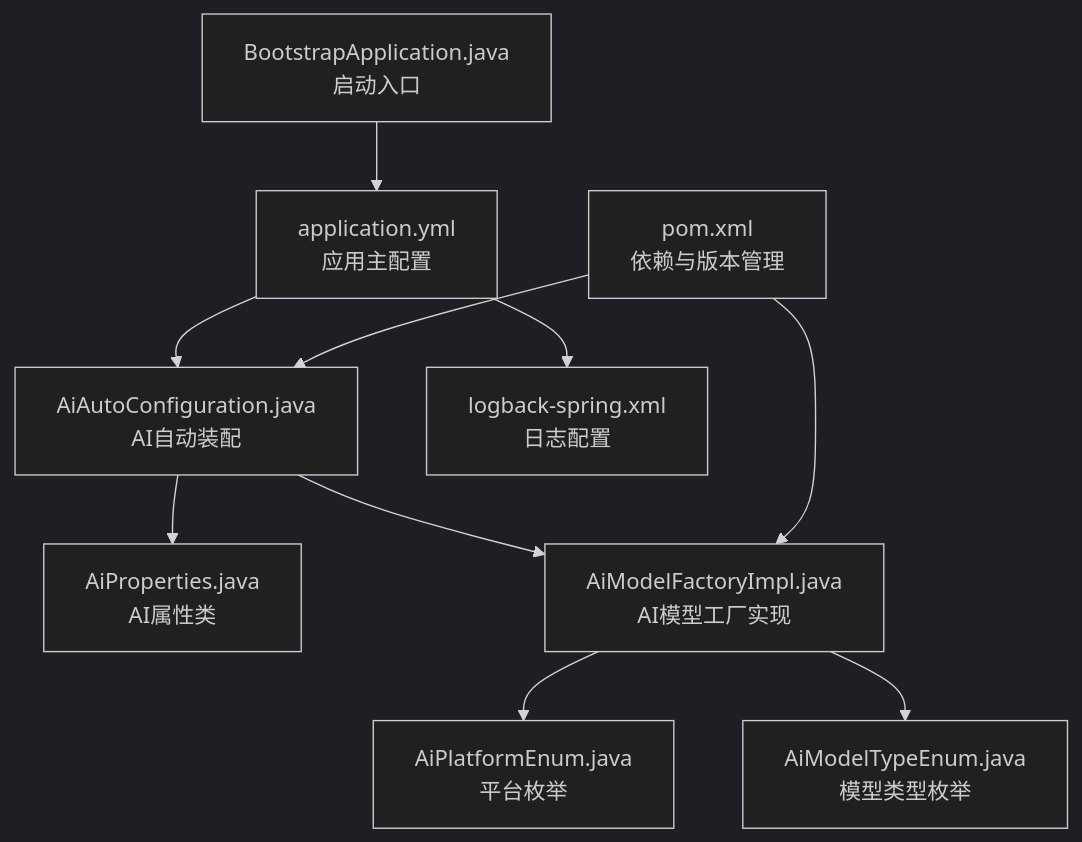
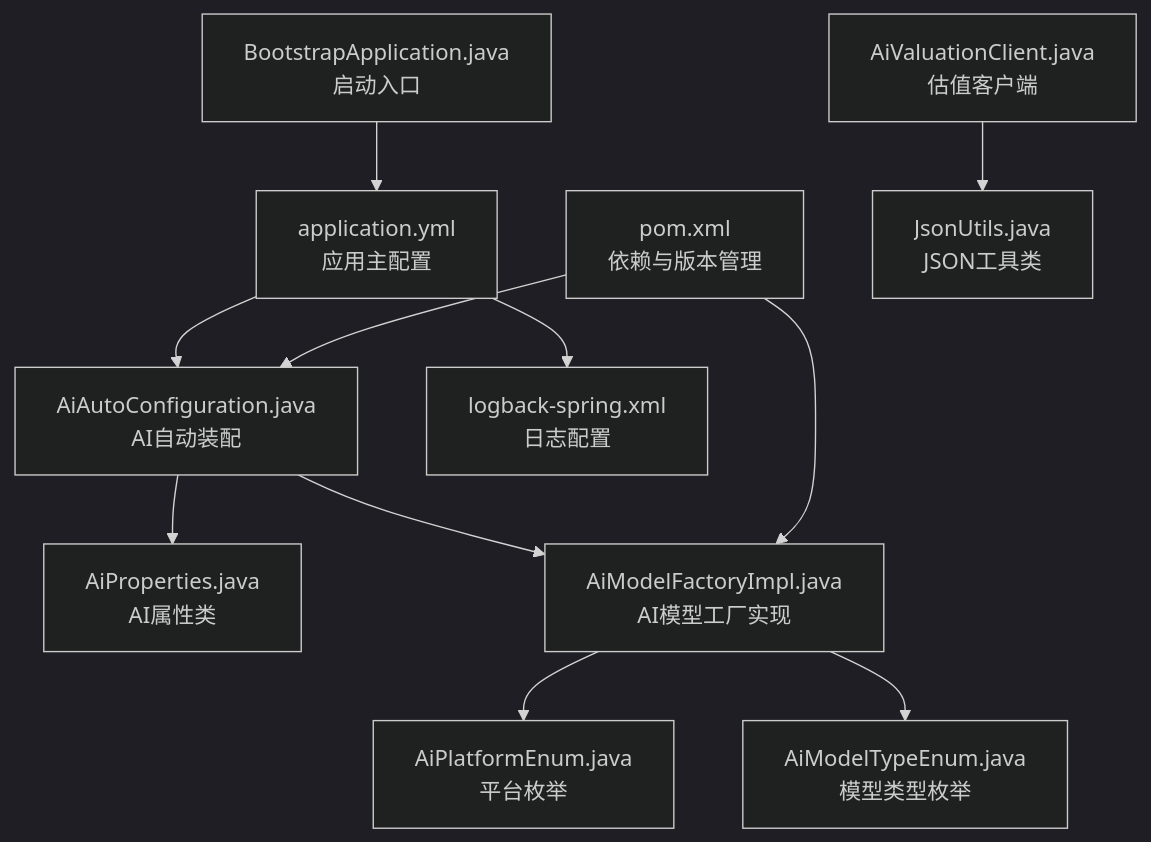
One commit to X555LB/data-ai changed the first of 7 diagrams in .qoder/repowiki/zh/content/配置指南.md. Above: the diagram before and after it, drawn with Mermaid (dark theme). The commit also changed other lines of this file and 11 other files, not shown here.

````diff
--- a/.qoder/repowiki/zh/content/配置指南.md
+++ b/.qoder/repowiki/zh/content/配置指南.md
@@ -52,12 +53,13 @@
 ```mermaid
 graph TB
 A["application.yml<br/>应用主配置"] --> B["AiAutoConfiguration.java<br/>AI自动装配"]
 A --> C["logback-spring.xml<br/>日志配置"]
 B --> D["AiProperties.java<br/>AI属性类"]
 B --> E["AiModelFactoryImpl.java<br/>AI模型工厂实现"]
 E --> F["AiPlatformEnum.java<br/>平台枚举"]
 E --> G["AiModelTypeEnum.java<br/>模型类型枚举"]
 H["BootstrapApplication.java<br/>启动入口"] --> A
 I["pom.xml<br/>依赖与版本管理"] --> B
 I --> E
+J["AiValuationClient.java<br/>估值客户端"] --> K["JsonUtils.java<br/>JSON工具类"]
 ```
````
